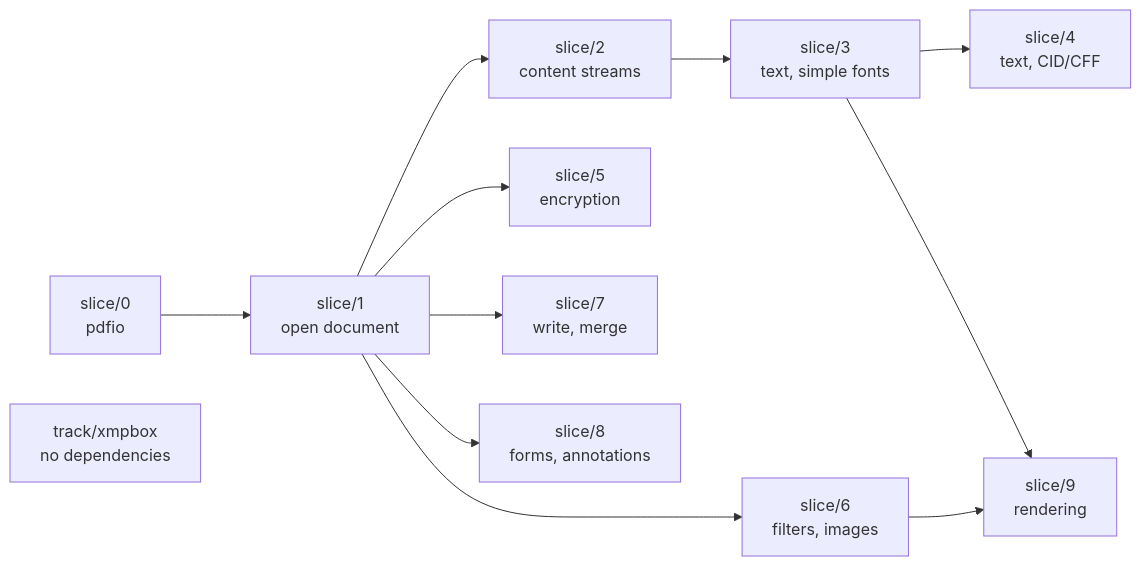
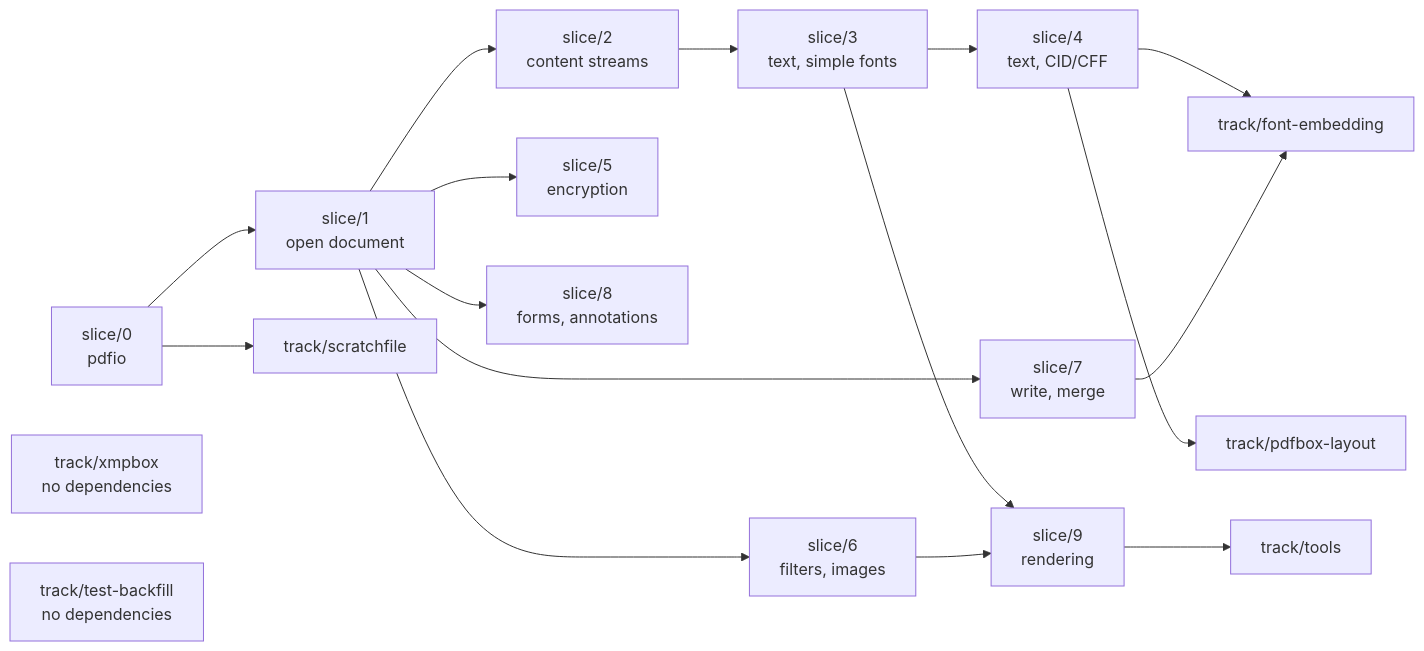
The diagram in go/migration/BRANCHING.md (shinguakira/pdfbox-go), drawn with Mermaid before and after one commit. The commit also changed other lines of this file and 7 other files, not shown here.

````diff
--- a/go/migration/BRANCHING.md
+++ b/go/migration/BRANCHING.md
@@ -55,14 +55,20 @@
 ```mermaid
 graph LR
   S0["slice/0<br/>pdfio"] --> S1["slice/1<br/>open document"]
   S1 --> S2["slice/2<br/>content streams"]
   S2 --> S3["slice/3<br/>text, simple fonts"]
   S3 --> S4["slice/4<br/>text, CID/CFF"]
   S1 --> S5["slice/5<br/>encryption"]
   S1 --> S6["slice/6<br/>filters, images"]
   S1 --> S7["slice/7<br/>write, merge"]
   S1 --> S8["slice/8<br/>forms, annotations"]
   S3 --> S9["slice/9<br/>rendering"]
   S6 --> S9
   X["track/xmpbox<br/>no dependencies"]
+  S0 --> TS["track/scratchfile"]
+  S4 --> TF["track/font-embedding"]
+  S7 --> TF
+  S4 --> TL["track/pdfbox-layout"]
+  S9 --> TT["track/tools"]
+  TB["track/test-backfill<br/>no dependencies"]
 ```
````
